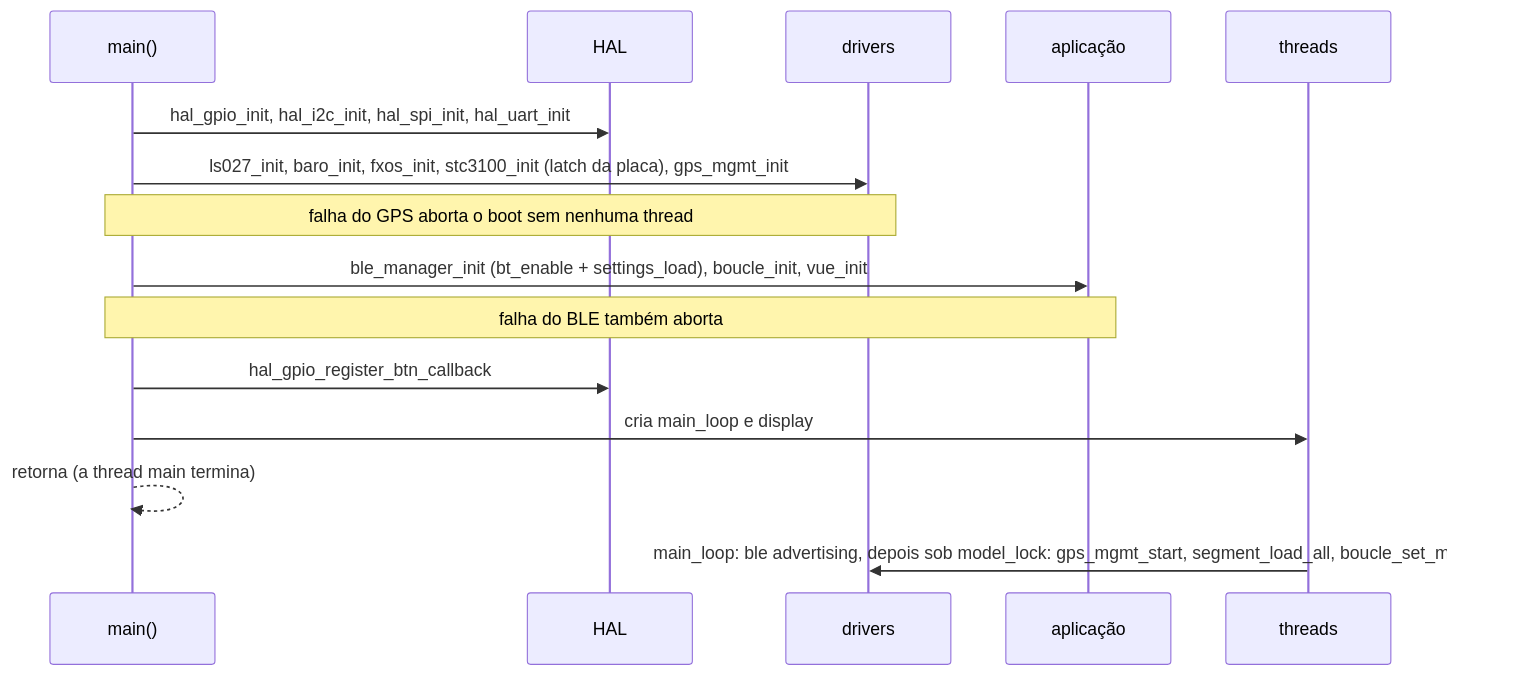
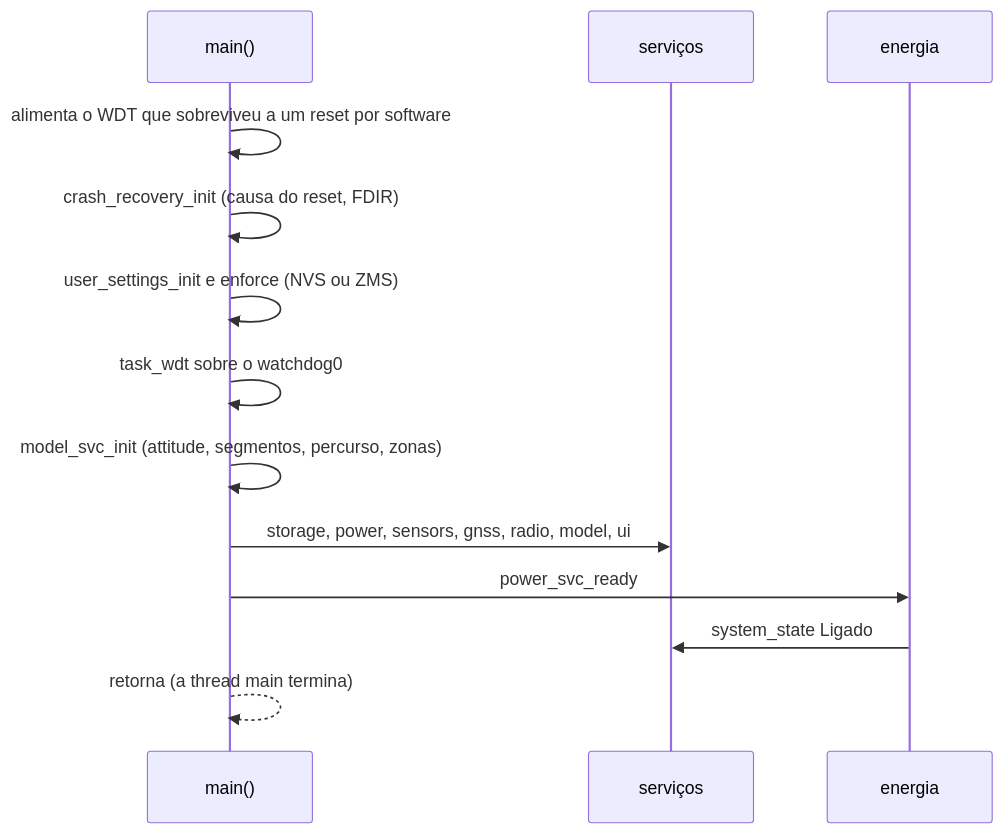
Before and after one commit to Guiimartinho/gnss-bike-computer: the second of 3 diagrams in docs/05-arquitetura-zephyr.md, drawn with Mermaid. The commit also changed other lines of this file and 110 other files, not shown here.

````diff
--- a/docs/05-arquitetura-zephyr.md
+++ b/docs/05-arquitetura-zephyr.md
@@ -61,17 +52,15 @@
 ```mermaid
 sequenceDiagram
     participant M as main()
-    participant H as HAL
-    participant D as drivers
-    participant A as aplicação
-    participant T as threads
-    M->>H: hal_gpio_init, hal_i2c_init, hal_spi_init, hal_uart_init
-    M->>D: ls027_init, baro_init, fxos_init, stc3100_init (latch da placa), gps_mgmt_init
-    Note over M,D: falha do GPS aborta o boot sem nenhuma thread
-    M->>A: ble_manager_init (bt_enable + settings_load), boucle_init, vue_init
-    Note over M,A: falha do BLE também aborta
-    M->>H: hal_gpio_register_btn_callback
-    M->>T: cria main_loop e display
+    participant S as serviços
+    participant P as energia
+    M->>M: alimenta o WDT que sobreviveu a um reset por software
+    M->>M: crash_recovery_init (causa do reset, FDIR)
+    M->>M: user_settings_init e enforce (NVS ou ZMS)
+    M->>M: task_wdt sobre o watchdog0
+    M->>M: model_svc_init (attitude, segmentos, percurso, zonas)
+    M->>S: storage, power, sensors, gnss, radio, model, ui
+    M->>P: power_svc_ready
+    P->>S: system_state Ligado
     M-->>M: retorna (a thread main termina)
-    T->>D: main_loop: ble advertising, depois sob model_lock: gps_mgmt_start, segment_load_all, boucle_set_mode(CRS)
 ```
````
